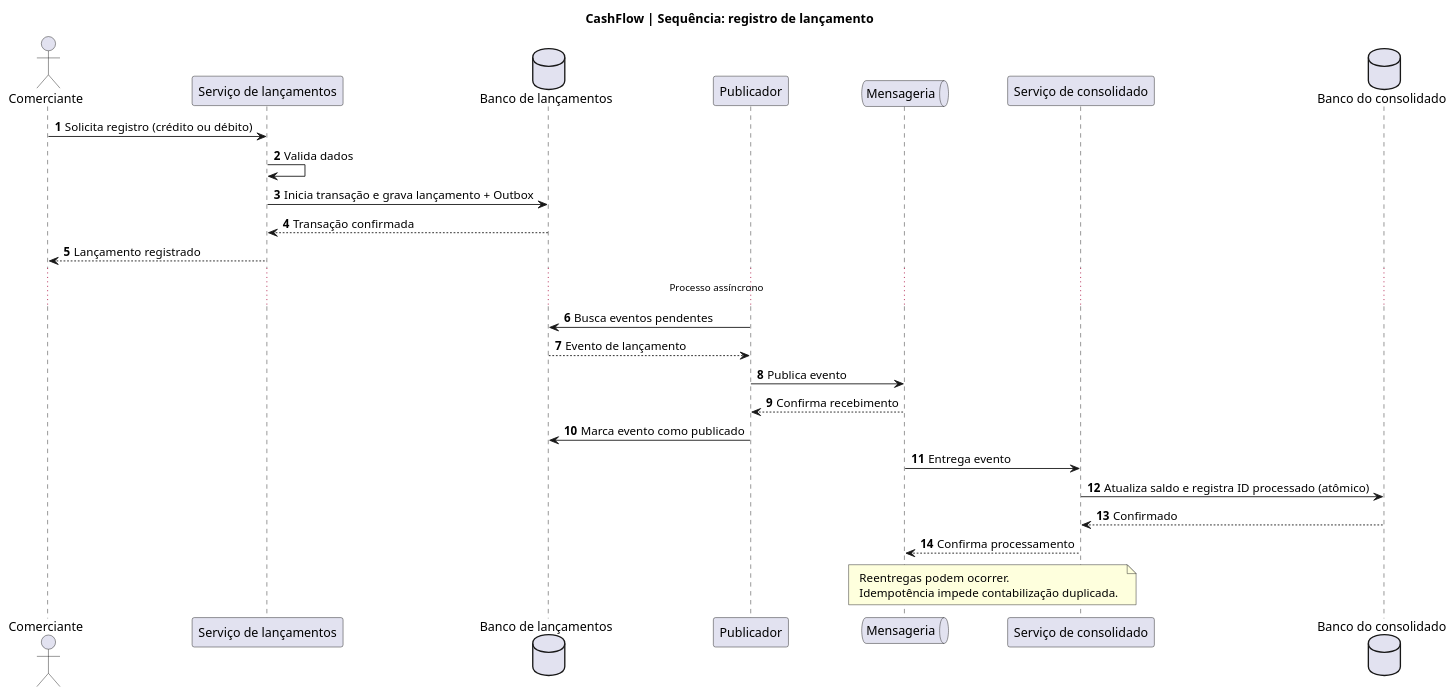
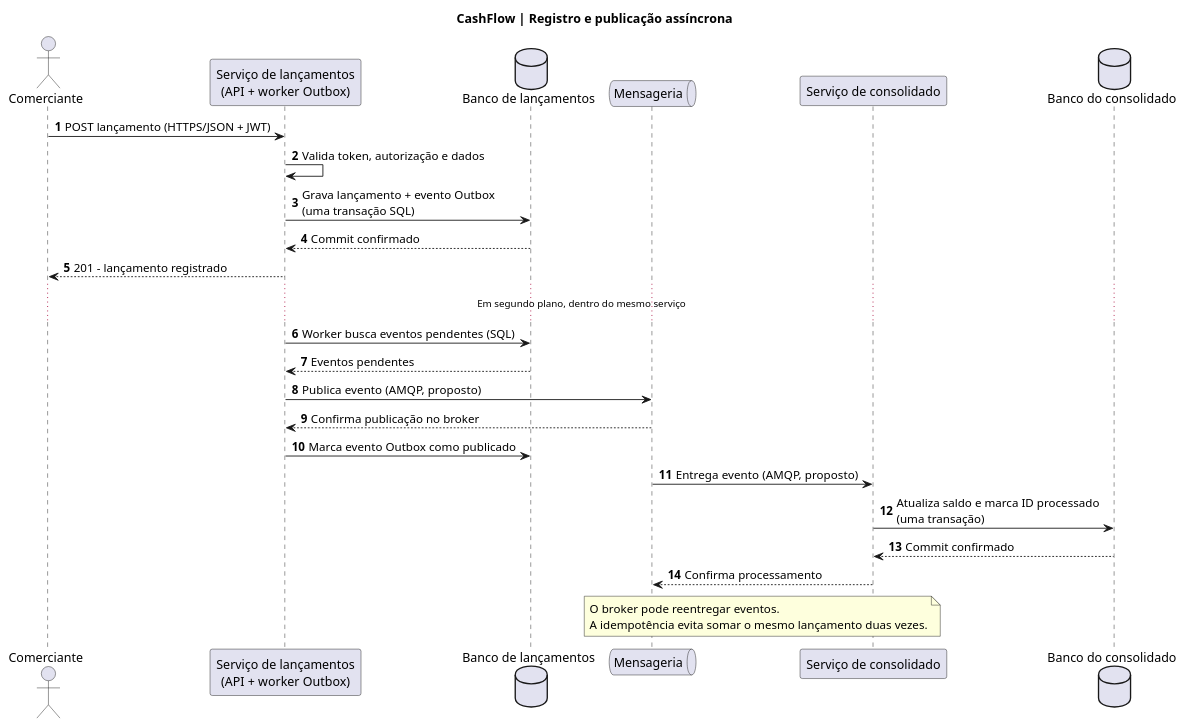
Before and after one commit to wolwerr/CashFlow-Architecture: the diagram in docs/architecture/sequence-register.puml, drawn with PlantUML.

Commit message:
docs(architecture): embed outbox worker and proposed protocols/security/telemetry (#6)

```diff
--- a/docs/architecture/sequence-register.puml
+++ b/docs/architecture/sequence-register.puml
@@ -1,30 +1,29 @@
 @startuml CashFlow_Register
-title CashFlow | Sequência: registro de lançamento
+title CashFlow | Registro e publicação assíncrona
 autonumber
 actor Comerciante
-participant "Serviço de lançamentos" as L
+participant "Serviço de lançamentos\n(API + worker Outbox)" as L
 database "Banco de lançamentos" as BL
-participant "Publicador" as P
 queue "Mensageria" as M
 participant "Serviço de consolidado" as C
 database "Banco do consolidado" as BC
-Comerciante -> L: Solicita registro (crédito ou débito)
-L -> L: Valida dados
-L -> BL: Inicia transação e grava lançamento + Outbox
-BL --> L: Transação confirmada
-L --> Comerciante: Lançamento registrado
-... Processo assíncrono ...
-P -> BL: Busca eventos pendentes
-BL --> P: Evento de lançamento
-P -> M: Publica evento
-M --> P: Confirma recebimento
-P -> BL: Marca evento como publicado
-M -> C: Entrega evento
-C -> BC: Atualiza saldo e registra ID processado (atômico)
-BC --> C: Confirmado
+Comerciante -> L: POST lançamento (HTTPS/JSON + JWT)
+L -> L: Valida token, autorização e dados
+L -> BL: Grava lançamento + evento Outbox\n(uma transação SQL)
+BL --> L: Commit confirmado
+L --> Comerciante: 201 - lançamento registrado
+... Em segundo plano, dentro do mesmo serviço ...
+L -> BL: Worker busca eventos pendentes (SQL)
+BL --> L: Eventos pendentes
+L -> M: Publica evento (AMQP, proposto)
+M --> L: Confirma publicação no broker
+L -> BL: Marca evento Outbox como publicado
+M -> C: Entrega evento (AMQP, proposto)
+C -> BC: Atualiza saldo e marca ID processado\n(uma transação)
+BC --> C: Commit confirmado
 C --> M: Confirma processamento
 note over M,C
-Reentregas podem ocorrer.
-Idempotência impede contabilização duplicada.
+O broker pode reentregar eventos.
+A idempotência evita somar o mesmo lançamento duas vezes.
 end note
 @enduml
```
